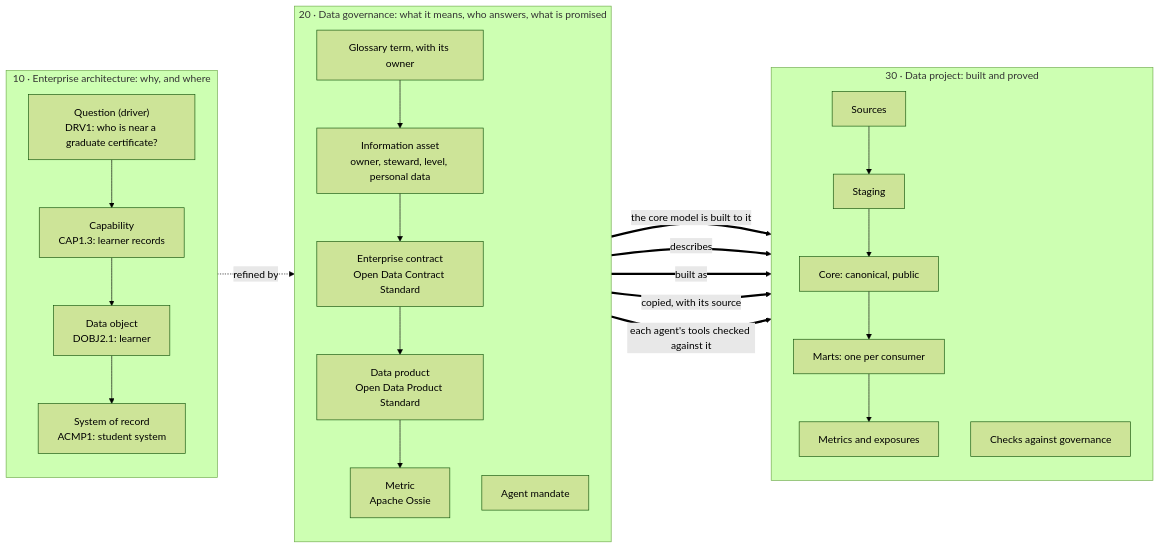
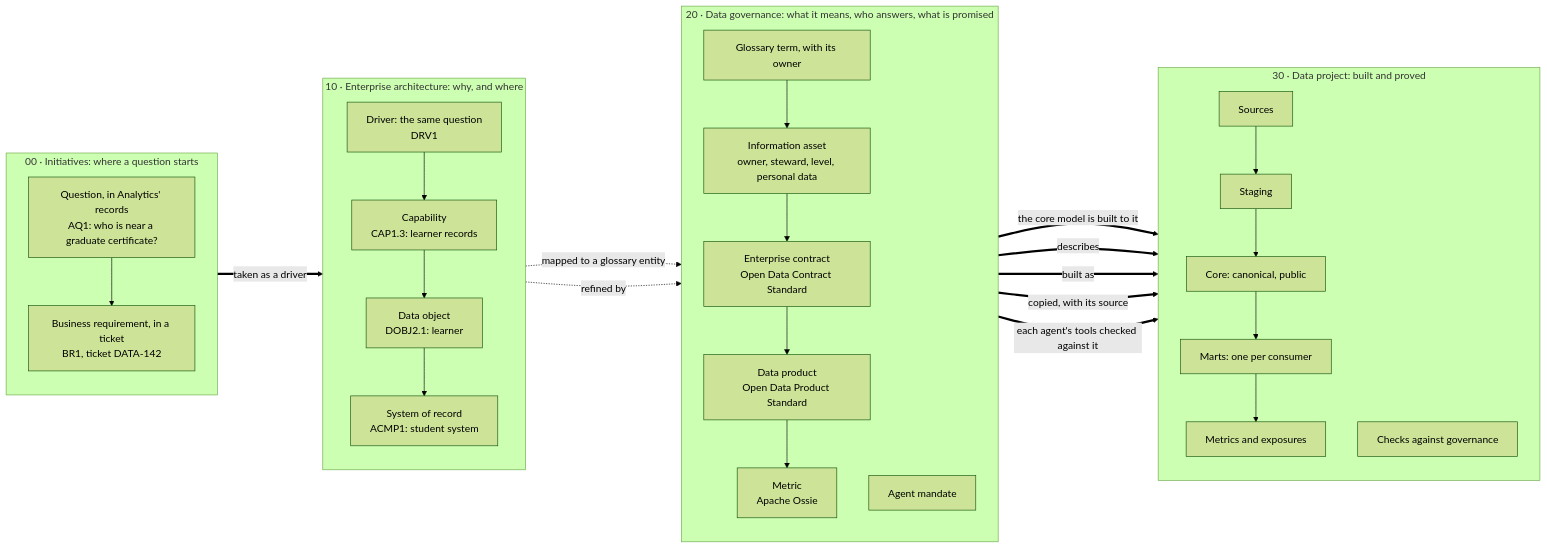
One commit to roanboc/learning-data-project changed the first of 2 diagrams in README.md. Above: the diagram before and after it, drawn with Mermaid (forest theme). The commit also changed other lines of this file and 12 other files, not shown here.

First line of the commit message:
A question starts in Analytics' records, and a ticket brings it to the architecture (#3)

````diff
--- a/README.md
+++ b/README.md
@@ -49,32 +54,40 @@
 ```mermaid
 flowchart LR
+  subgraph IN["00 · Initiatives: where a question starts"]
+    direction TB
+    aq["Question, in Analytics' records<br/>AQ1: who is near a graduate certificate?"]
+    br["Business requirement, in a ticket<br/>BR1, ticket DATA-142"]
+    aq --> br
+  end
   subgraph EA["10 · Enterprise architecture: why, and where"]
     direction TB
-    q["Question (driver)<br/>DRV1: who is near a graduate certificate?"]
+    q["Driver: the same question<br/>DRV1"]
     c["Capability<br/>CAP1.3: learner records"]
     o["Data object<br/>DOBJ2.1: learner"]
     a["System of record<br/>ACMP1: student system"]
     q --> c --> o --> a
   end
   subgraph DG["20 · Data governance: what it means, who answers, what is promised"]
     direction TB
     t["Glossary term, with its owner"]
     i["Information asset<br/>owner, steward, level, personal data"]
     k["Enterprise contract<br/>Open Data Contract Standard"]
     p["Data product<br/>Open Data Product Standard"]
     m["Metric<br/>Apache Ossie"]
     md["Agent mandate"]
     t --> i --> k --> p --> m
   end
   subgraph DP["30 · Data project: built and proved"]
     direction TB
     s["Sources"] --> st["Staging"] --> co["Core: canonical, public"] --> ma["Marts: one per consumer"] --> sm["Metrics and exposures"]
     ch["Checks against governance"]
   end
+  br ==>|taken as a driver| q
+  o -.->|mapped to a glossary entity| t
   o -.->|refined by| i
   k ==>|the core model is built to it| co
   p ==>|describes| ma
   m ==>|built as| sm
   t ==>|copied, with its source| co
   md ==>|each agent's tools checked against it| ch
 ```
````
